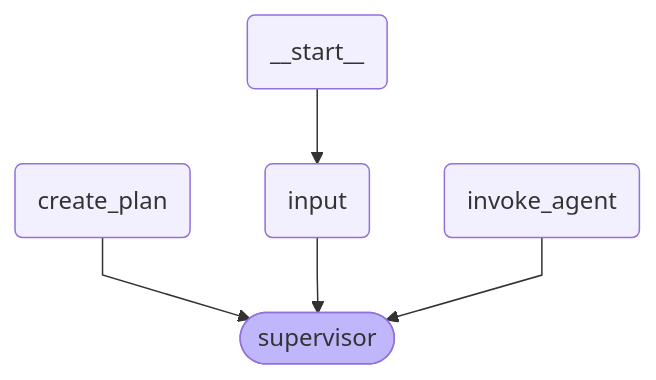
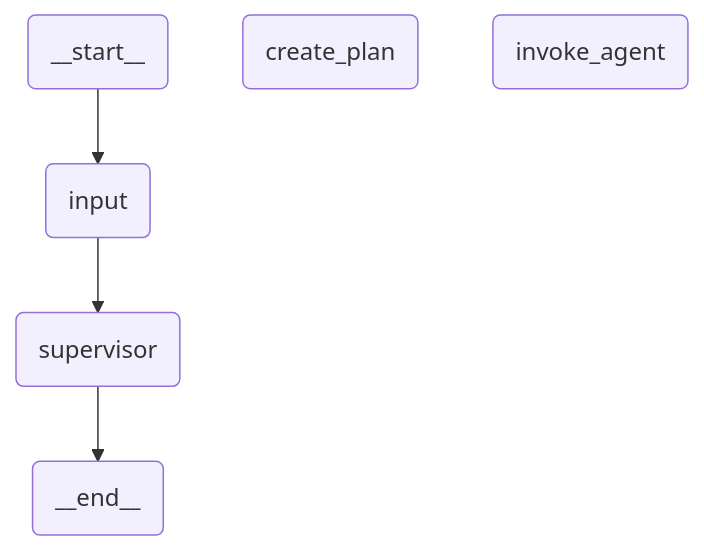
The diagram in samples/multi-agent-planner-researcher-coder-distributed/planner.mermaid (UiPath/uipath-langchain-python), drawn with Mermaid before and after one commit. The commit also changed 141 other files, not shown here.

```diff
--- a/samples/multi-agent-planner-researcher-coder-distributed/planner.mermaid
+++ b/samples/multi-agent-planner-researcher-coder-distributed/planner.mermaid
@@ -1,18 +1,18 @@
 ---
 config:
   flowchart:
     curve: linear
 ---
 graph TD;
 	__start__(<p>__start__</p>)
 	input(input)
 	create_plan(create_plan)
-	supervisor([supervisor]):::last
+	supervisor(supervisor)
 	invoke_agent(invoke_agent)
+	__end__(<p>__end__</p>)
 	__start__ --> input;
-	create_plan --> supervisor;
 	input --> supervisor;
-	invoke_agent --> supervisor;
+	supervisor --> __end__;
 	classDef default fill:#f2f0ff,line-height:1.2
 	classDef first fill-opacity:0
 	classDef last fill:#bfb6fc
```
